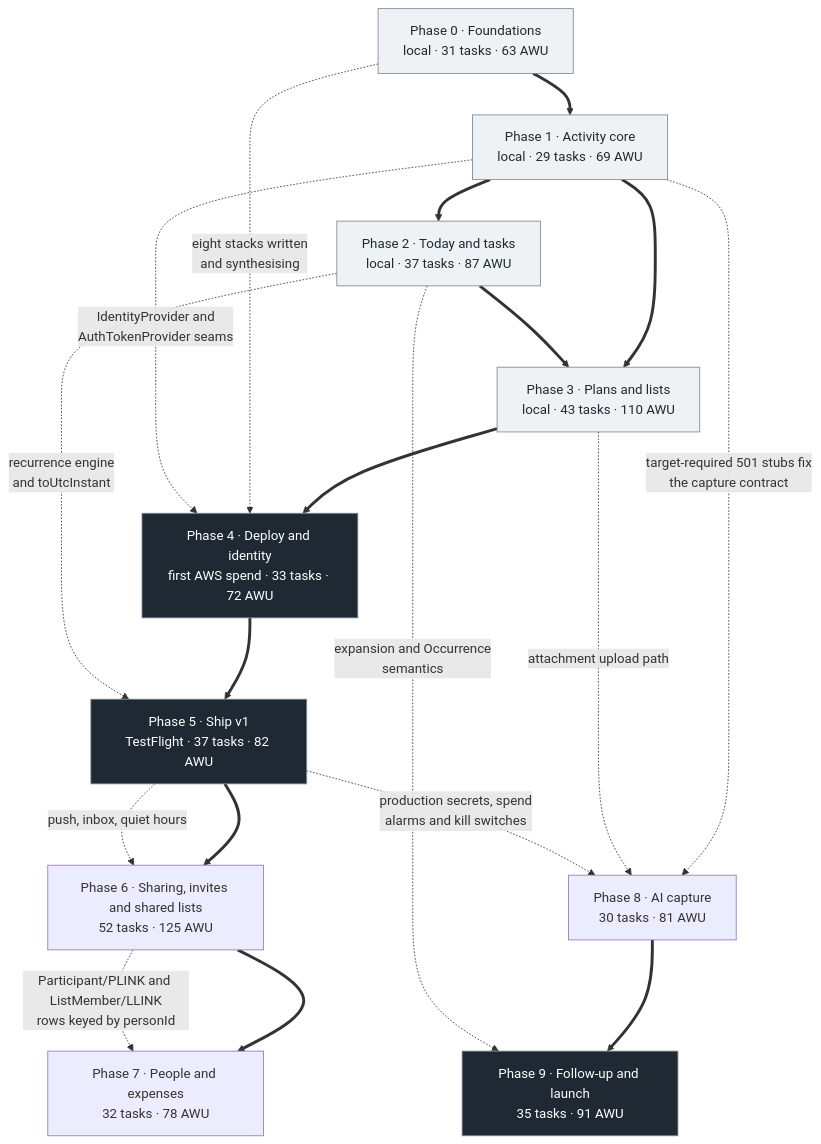
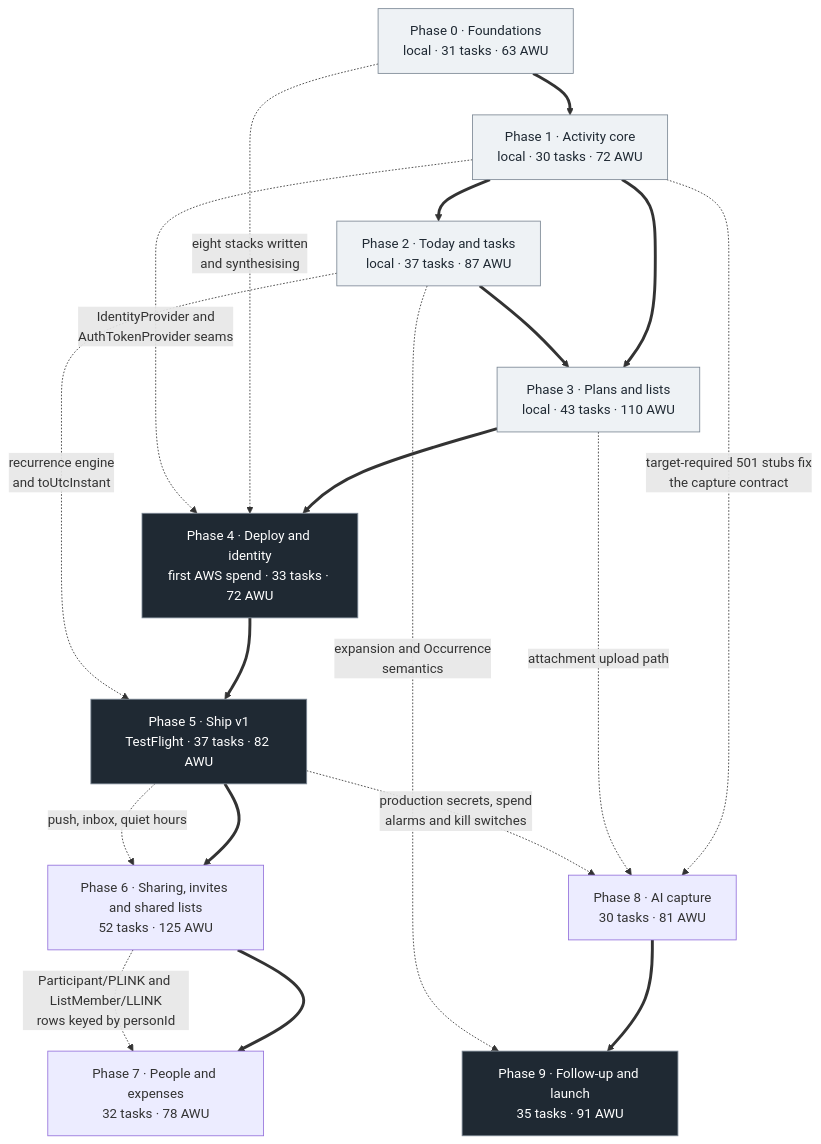
Before and after one commit to malikujjwal/ordinarydays: the diagram in docs/03-implementation/roadmap.md, drawn with Mermaid. The commit also changed other lines of this file and 8 other files, not shown here.

````diff
--- a/docs/03-implementation/roadmap.md
+++ b/docs/03-implementation/roadmap.md
@@ -236,38 +238,38 @@
 ```mermaid
 graph TD
     P0["Phase 0 · Foundations<br/>local · 31 tasks · 63 AWU"]
-    P1["Phase 1 · Activity core<br/>local · 29 tasks · 69 AWU"]
+    P1["Phase 1 · Activity core<br/>local · 30 tasks · 72 AWU"]
     P2["Phase 2 · Today and tasks<br/>local · 37 tasks · 87 AWU"]
     P3["Phase 3 · Plans and lists<br/>local · 43 tasks · 110 AWU"]
     P4["Phase 4 · Deploy and identity<br/>first AWS spend · 33 tasks · 72 AWU"]
     P5["Phase 5 · Ship v1<br/>TestFlight · 37 tasks · 82 AWU"]
     P6["Phase 6 · Sharing, invites and shared lists<br/>52 tasks · 125 AWU"]
     P7["Phase 7 · People and expenses<br/>32 tasks · 78 AWU"]
     P8["Phase 8 · AI capture<br/>30 tasks · 81 AWU"]
     P9["Phase 9 · Follow-up and launch<br/>35 tasks · 91 AWU"]
 
     P0 ==> P1
     P1 ==> P2
     P1 ==> P3
     P2 ==> P3
     P3 ==> P4
     P4 ==> P5
     P5 ==> P6
     P6 ==> P7
     P8 ==> P9
 
     P0 -. "eight stacks written<br/>and synthesising" .-> P4
     P1 -. "IdentityProvider and<br/>AuthTokenProvider seams" .-> P4
     P1 -. "target-required 501 stubs fix<br/>the capture contract" .-> P8
     P2 -. "recurrence engine<br/>and toUtcInstant" .-> P5
     P2 -. "expansion and Occurrence<br/>semantics" .-> P9
     P3 -. "attachment upload path" .-> P8
     P5 -. "production secrets, spend<br/>alarms and kill switches" .-> P8
     P5 -. "push, inbox, quiet hours" .-> P6
     P6 -. "Participant/PLINK and ListMember/LLINK<br/>rows keyed by personId" .-> P7
 
     classDef local fill:#eef2f5,stroke:#7b8794,color:#1f2933
     classDef ship fill:#1f2933,stroke:#7b8794,color:#ffffff
     class P0,P1,P2,P3 local
     class P4,P5,P9 ship
 ```
````
